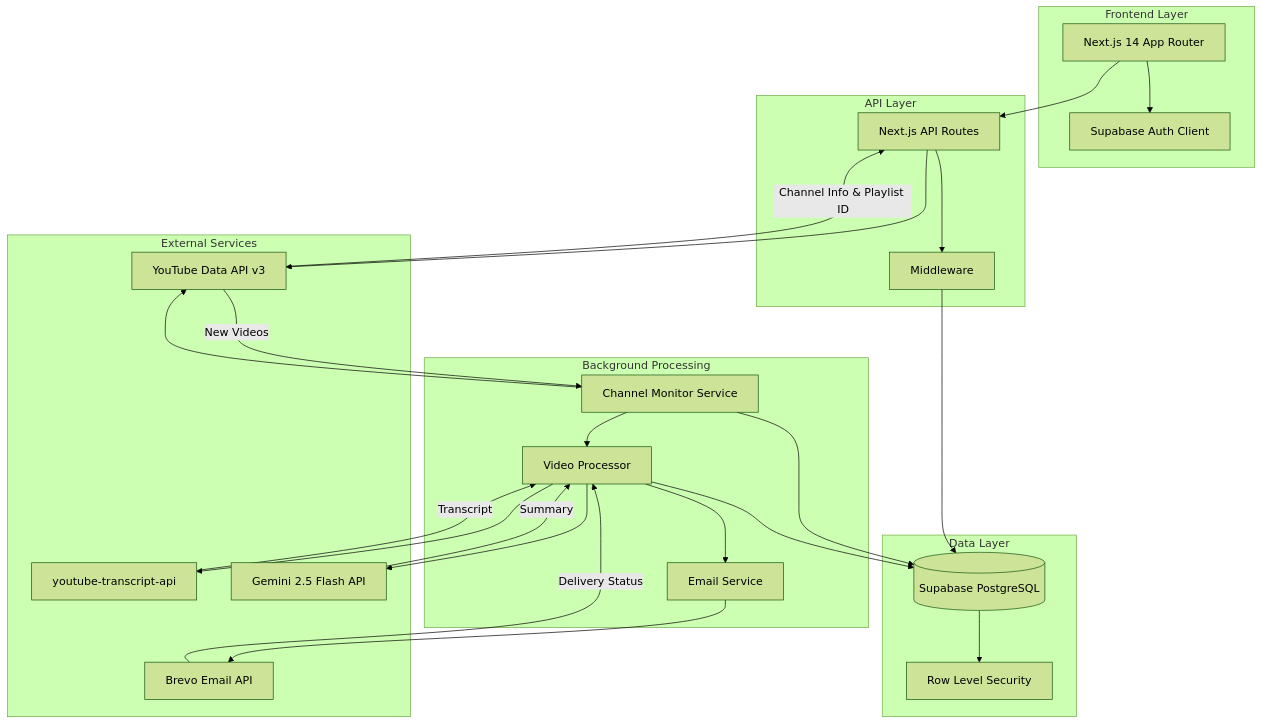
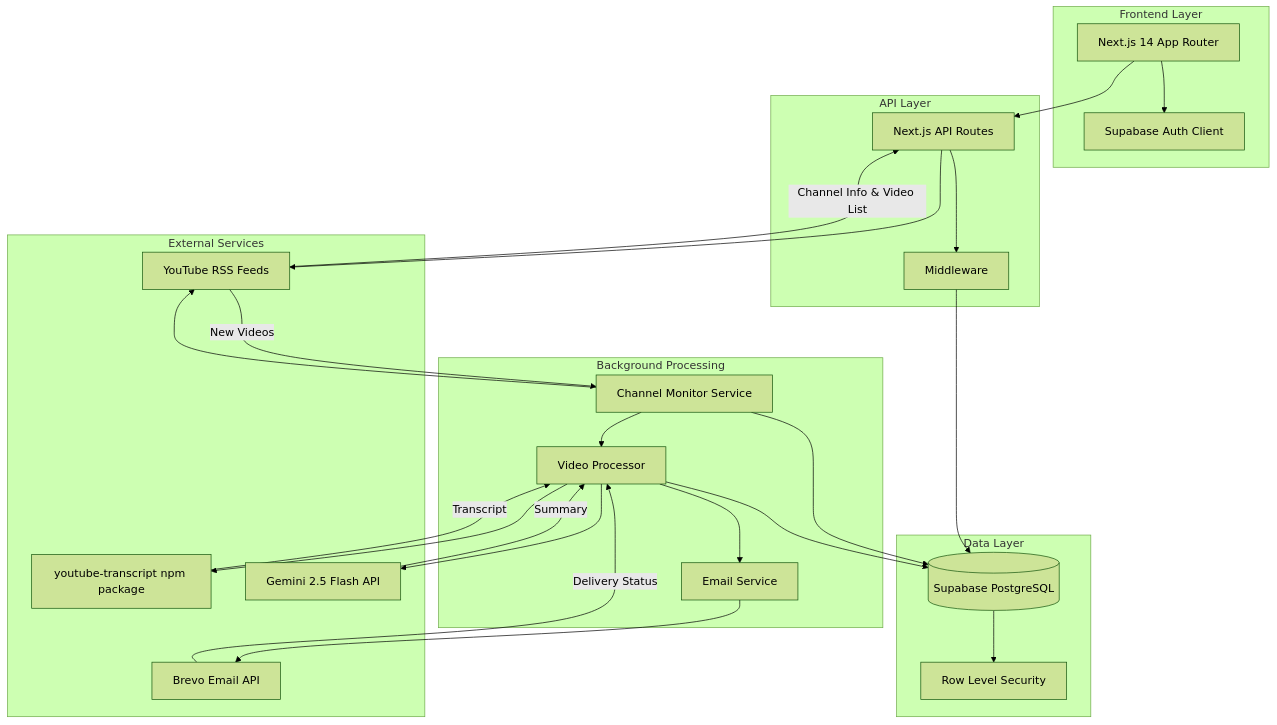
Before and after one commit to dnsxmrs/scribesent: the first of 2 diagrams in .kiro/specs/scribesent-platform/design.md, drawn with Mermaid (forest theme). The commit also changed other lines of this file and 1 other file, not shown here.

Commit message:
update docs for RSS feed monitoring and youtube-transcript npm migratio

````diff
--- a/.kiro/specs/scribesent-platform/design.md
+++ b/.kiro/specs/scribesent-platform/design.md
@@ -13,56 +13,56 @@
 ```mermaid
 graph TB
     subgraph "Frontend Layer"
         UI[Next.js 14 App Router]
         Auth[Supabase Auth Client]
     end
     
     subgraph "API Layer"
         API[Next.js API Routes]
         MW[Middleware]
     end
     
     subgraph "Data Layer"
         DB[(Supabase PostgreSQL)]
         RLS[Row Level Security]
     end
     
     subgraph "External Services"
-        YT[YouTube Data API v3]
-        TRANS[youtube-transcript-api]
+        RSS[YouTube RSS Feeds]
+        TRANS[youtube-transcript npm package]
         AI[Gemini 2.5 Flash API]
         EMAIL[Brevo Email API]
     end
     
     subgraph "Background Processing"
         MONITOR[Channel Monitor Service]
         PROCESSOR[Video Processor]
         EMAILER[Email Service]
     end
     
     UI --> Auth
     UI --> API
     API --> MW
     MW --> DB
     DB --> RLS
     
     %% Channel Management Flow
-    API --> YT
-    YT --> |Channel Info & Playlist ID| API
+    API --> RSS
+    RSS --> |Channel Info & Video List| API
     
     %% Background Monitoring Flow (Every 5 minutes)
-    MONITOR --> YT
-    YT --> |New Videos| MONITOR
+    MONITOR --> RSS
+    RSS --> |New Videos| MONITOR
     MONITOR --> DB
     MONITOR --> PROCESSOR
     
     %% Video Processing Flow
     PROCESSOR --> TRANS
     TRANS --> |Transcript| PROCESSOR
     PROCESSOR --> AI
     AI --> |Summary| PROCESSOR
     PROCESSOR --> EMAILER
     EMAILER --> EMAIL
     EMAIL --> |Delivery Status| PROCESSOR
     PROCESSOR --> DB
 ```
````
